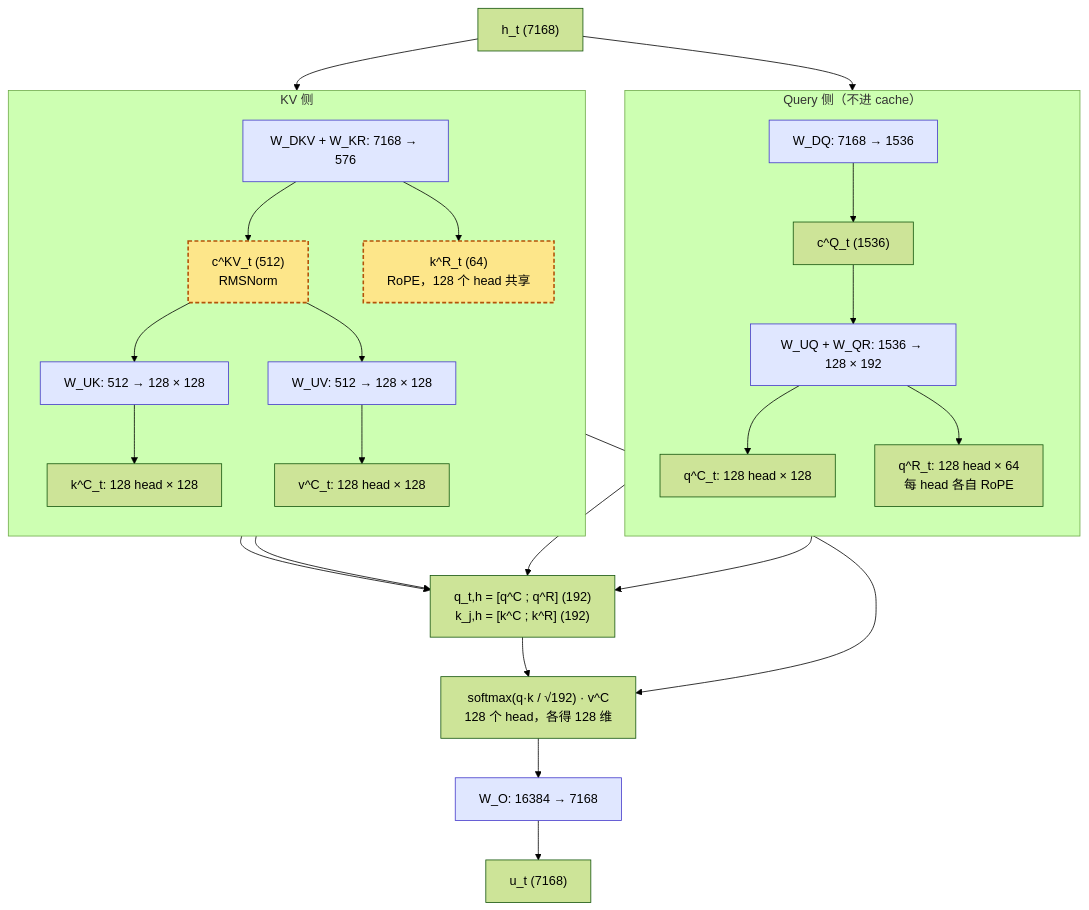
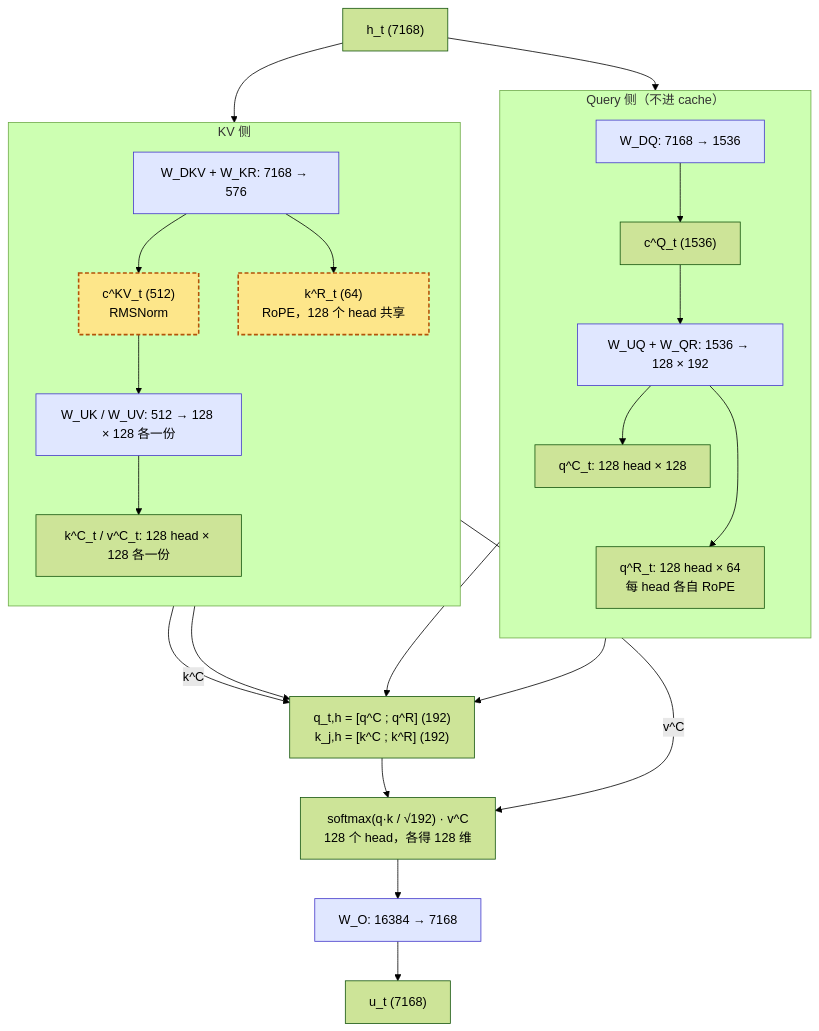
Before and after one commit to arganzheng/arganzheng.github.com: the first of 2 diagrams in _posts/2026-04-04-attention-variants-and-kv-cache.md, drawn with Mermaid (forest theme). The commit also changed other lines of this file and 9 other files, not shown here.

````diff
--- a/_posts/2026-04-04-attention-variants-and-kv-cache.md
+++ b/_posts/2026-04-04-attention-variants-and-kv-cache.md
@@ -261,47 +261,45 @@
 ```mermaid
 flowchart TB
     H["h_t (7168)"]
     subgraph qside["Query 侧（不进 cache）"]
         direction TB
         DQ["W_DQ: 7168 → 1536"]
         CQ["c^Q_t (1536)"]
         UQ["W_UQ + W_QR: 1536 → 128 × 192"]
         QC["q^C_t: 128 head × 128"]
         QR["q^R_t: 128 head × 64<br/>每 head 各自 RoPE"]
+        QC ~~~ QR
     end
     subgraph kvside["KV 侧"]
         direction TB
         DKV["W_DKV + W_KR: 7168 → 576"]
         CKV["c^KV_t (512)<br/>RMSNorm"]
         KR["k^R_t (64)<br/>RoPE，128 个 head 共享"]
-        UK["W_UK: 512 → 128 × 128"]
-        UV["W_UV: 512 → 128 × 128"]
-        KC["k^C_t: 128 head × 128"]
-        VC["v^C_t: 128 head × 128"]
+        UKV["W_UK / W_UV: 512 → 128 × 128 各一份"]
+        KVC["k^C_t / v^C_t: 128 head × 128 各一份"]
     end
     CAT["q_t,h = #91;q^C ; q^R#93; (192)<br/>k_j,h = #91;k^C ; k^R#93; (192)"]
     ATT["softmax(q·k / √192) · v^C<br/>128 个 head，各得 128 维"]
     WO["W_O: 16384 → 7168"]
     U["u_t (7168)"]
 
     H --> DQ --> CQ --> UQ
     UQ --> QC
     UQ --> QR
     H --> DKV
     DKV --> CKV
     DKV --> KR
-    CKV --> UK --> KC
-    CKV --> UV --> VC
+    CKV --> UKV --> KVC
     QC --> CAT
     QR --> CAT
-    KC --> CAT
+    KVC -->|"k^C"| CAT
     KR --> CAT
     CAT --> ATT
-    VC --> ATT
+    KVC -->|"v^C"| ATT
     ATT --> WO --> U
 
     classDef cache fill:#fde68a,stroke:#b45309,stroke-width:2px,stroke-dasharray:5 3;
     classDef weight fill:#e0e7ff,stroke:#4338ca;
     class CKV,KR cache;
-    class DQ,UQ,DKV,UK,UV,WO weight;
+    class DQ,UQ,DKV,UKV,WO weight;
 ```
````
